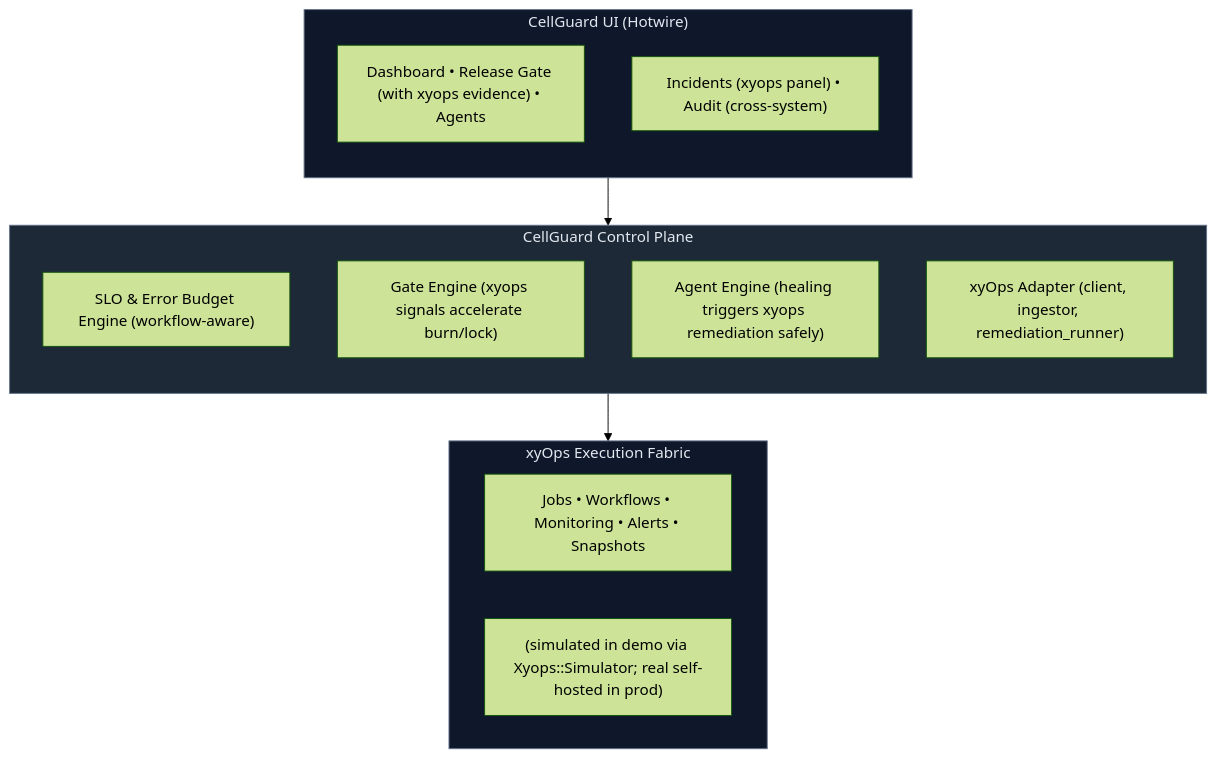
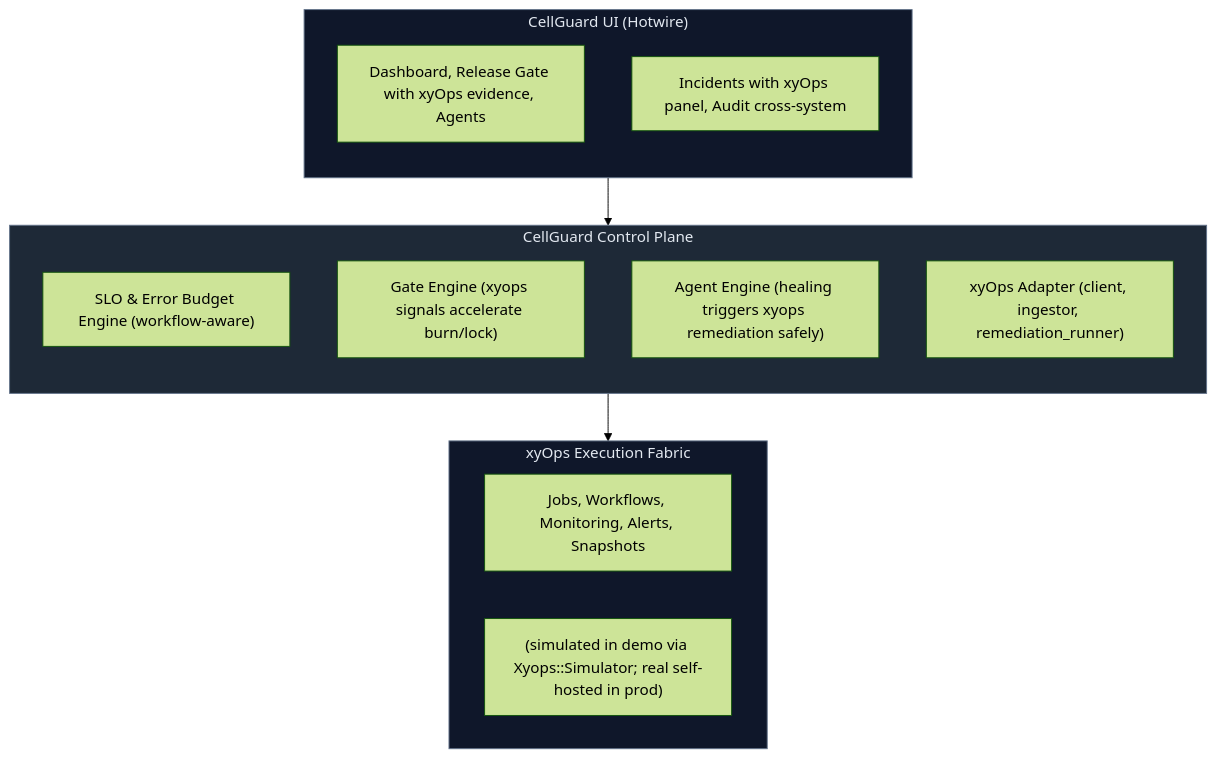
One commit to AngelP17/Cellguard changed the third of 4 diagrams in README.md. Above: the diagram before and after it, drawn with Mermaid (forest theme). The commit also changed other lines of this file and 33 other files, not shown here.

````diff
--- a/README.md
+++ b/README.md
@@ -111,28 +112,28 @@
 ```mermaid
 flowchart TB
     subgraph UI["CellGuard UI (Hotwire)"]
         direction TB
-        D["Dashboard • Release Gate (with xyops evidence) • Agents"]
-        I["Incidents (xyops panel) • Audit (cross-system)"]
+        D["Dashboard, Release Gate with xyOps evidence, Agents"]
+        I["Incidents with xyOps panel, Audit cross-system"]
     end
 
     subgraph CP["CellGuard Control Plane"]
         direction TB
         SLO["SLO & Error Budget Engine (workflow-aware)"]
         GE["Gate Engine (xyops signals accelerate burn/lock)"]
         AE["Agent Engine (healing triggers xyops remediation safely)"]
         AD["xyOps Adapter (client, ingestor, remediation_runner)"]
     end
 
     subgraph XY["xyOps Execution Fabric"]
-        WF["Jobs • Workflows • Monitoring • Alerts • Snapshots"]
+        WF["Jobs, Workflows, Monitoring, Alerts, Snapshots"]
         NOTE["(simulated in demo via Xyops::Simulator; real self-hosted in prod)"]
     end
 
     UI --> CP
     CP --> XY
 
     style UI fill:#0f172a,stroke:#64748b,color:#e2e8f0
     style CP fill:#1e2937,stroke:#64748b,color:#e2e8f0
     style XY fill:#0f172a,stroke:#64748b,color:#e2e8f0
 ```
````
